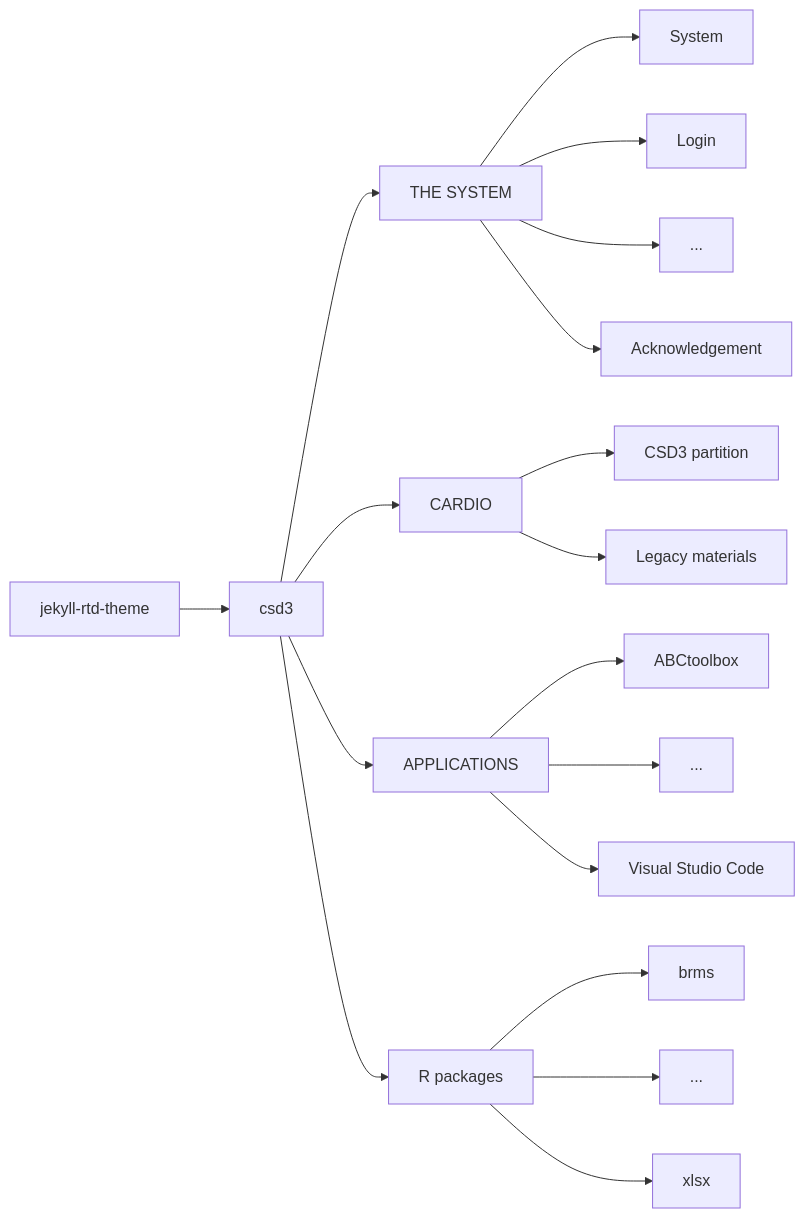
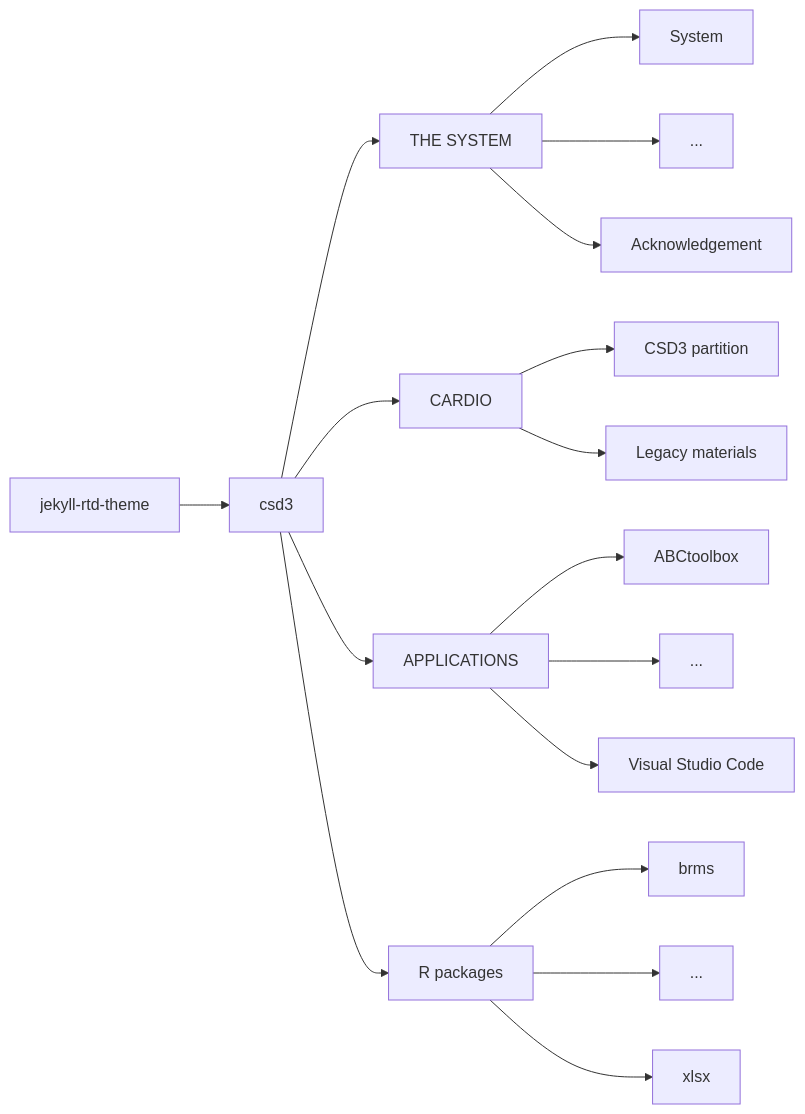
One commit to cambridge-ceu/csd3 changed the diagram in README.md. Above: the diagram before and after it, drawn with Mermaid.

Commit message:
README.md

````diff
--- a/README.md
+++ b/README.md
@@ -10,20 +10,19 @@
 ```mermaid
 graph LR;
 jekyll-rtd-theme --> csd3
 csd3 --> system["THE SYSTEM"]
 csd3 --> cardio["CARDIO"]
 csd3 --> applications["APPLICATIONS"]
 csd3 --> R["R packages"]
 system --> System
-system --> Login
 system --> sysdot["..."]
 system --> Acknowledgement
 cardio --> cp["CSD3 partition"]
 cardio --> lm["Legacy materials"]
 applications --> ABCtoolbox
 applications --> appdot["..."]
 applications --> vsc["Visual Studio Code"]
 R --> brms
 R --> Rdot["..."]
 R --> xlsx
 ```
````
